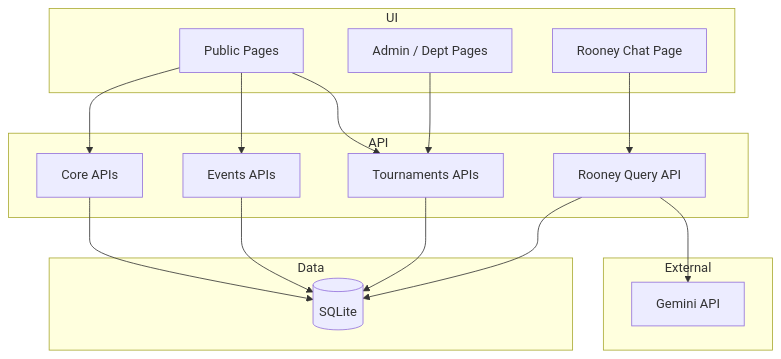
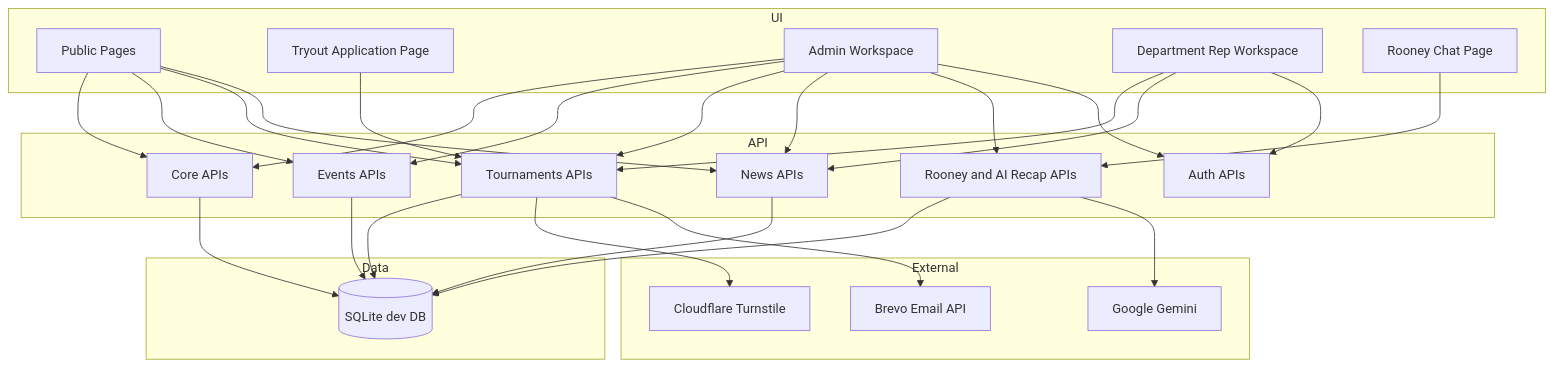
Before and after one commit to avocadoise/EnvergaArena: the diagram in architecture/01-system-overview.md, drawn with Mermaid. The commit also changed other lines of this file, not shown here.

Commit message:
feat: update system overview with enhanced purpose, business scope, and architectural details

````diff
--- a/architecture/01-system-overview.md
+++ b/architecture/01-system-overview.md
@@ -83,35 +95,54 @@
 ```mermaid
 flowchart TD
     subgraph UI
         P[Public Pages]
-        A[Admin / Dept Pages]
-        R[Rooney Chat Page]
+        S[Tryout Application Page]
+        A[Admin Workspace]
+        R[Department Rep Workspace]
+        Q[Rooney Chat Page]
     end
 
     subgraph API
         C[Core APIs]
         E[Events APIs]
         T[Tournaments APIs]
-        Q[Rooney Query API]
+        N[News APIs]
+        AI[Rooney and AI Recap APIs]
+        AUTH[Auth APIs]
     end
 
     subgraph Data
-        DB[(SQLite)]
+        DB[(SQLite dev DB)]
     end
 
     subgraph External
-        LLM[Gemini API]
+        LLM[Google Gemini]
+        CF[Cloudflare Turnstile]
+        BR[Brevo Email API]
     end
 
     P --> C
     P --> E
     P --> T
+    P --> N
+    S --> T
+    A --> C
+    A --> E
     A --> T
-    R --> Q
+    A --> N
+    A --> AI
+    R --> T
+    R --> N
+    Q --> AI
+    A --> AUTH
+    R --> AUTH
 
     C --> DB
     E --> DB
     T --> DB
-    Q --> DB
-    Q --> LLM
+    N --> DB
+    AI --> DB
+    AI --> LLM
+    T --> CF
+    T --> BR
 ```
````
